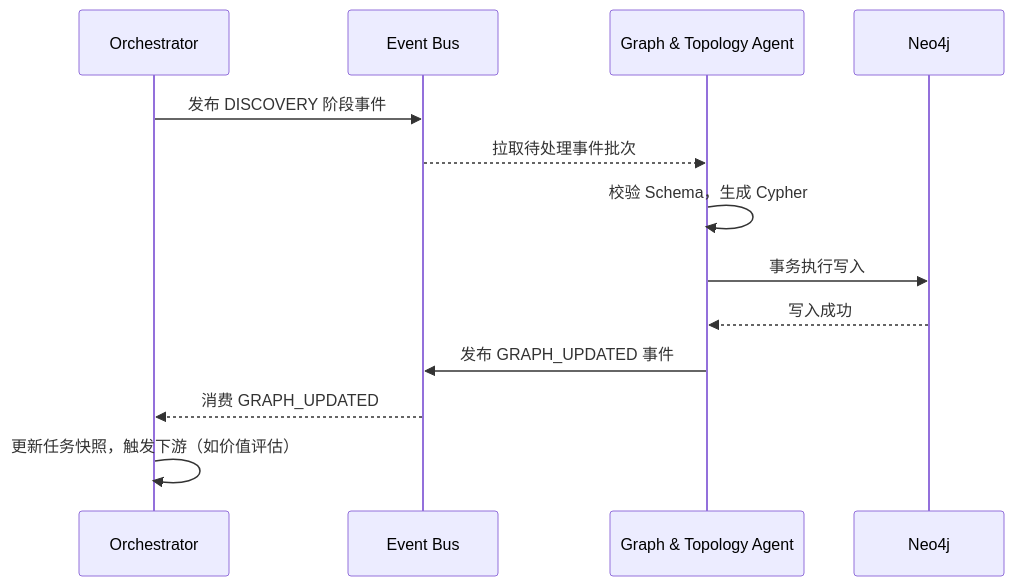
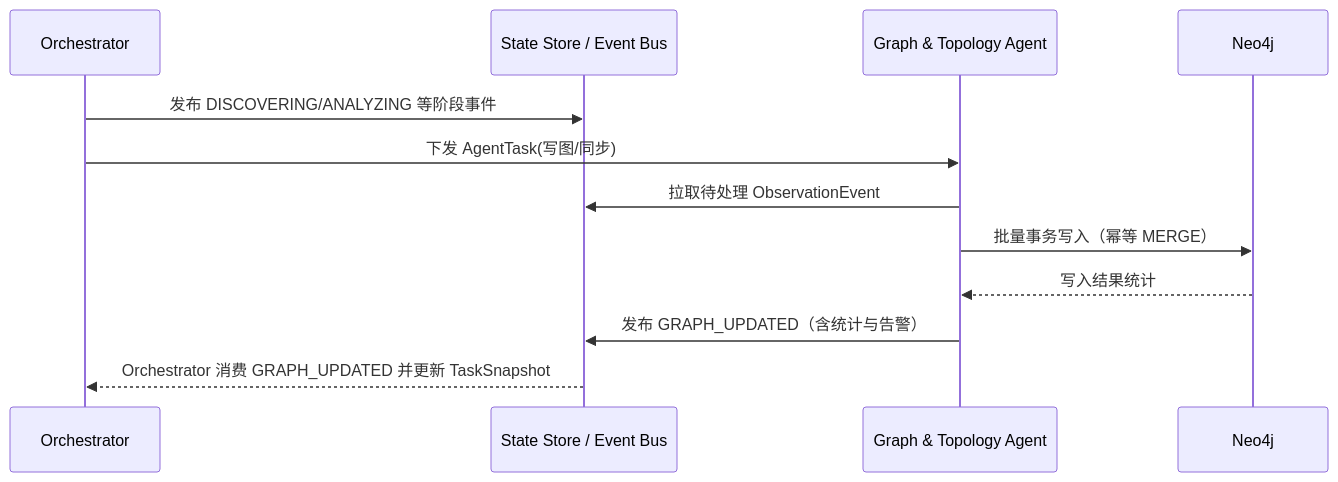
The second of 2 diagrams in docs/heuScan/开发文档/图谱聚合模块.md (heuScan/Doc), drawn with Mermaid before and after one commit. The commit also changed other lines of this file and 2 other files, not shown here.

````diff
--- a/docs/heuScan/开发文档/图谱聚合模块.md
+++ b/docs/heuScan/开发文档/图谱聚合模块.md
@@ -397,16 +282,15 @@
 ```mermaid
 sequenceDiagram
     participant O as Orchestrator
-    participant E as Event Bus
+    participant S as State Store / Event Bus
     participant G as Graph & Topology Agent
     participant N as Neo4j
 
-    O->>E: 发布 DISCOVERY 阶段事件
-    E-->>G: 拉取待处理事件批次
-    G->>G: 校验 Schema，生成 Cypher
-    G->>N: 事务执行写入
-    N-->>G: 写入成功
-    G->>E: 发布 GRAPH_UPDATED 事件
-    E-->>O: 消费 GRAPH_UPDATED
-    O->>O: 更新任务快照，触发下游（如价值评估）
+    O->>S: 发布 DISCOVERING/ANALYZING 等阶段事件
+    O->>G: 下发 AgentTask(写图/同步)
+    G->>S: 拉取待处理 ObservationEvent
+    G->>N: 批量事务写入（幂等 MERGE）
+    N-->>G: 写入结果统计
+    G->>S: 发布 GRAPH_UPDATED（含统计与告警）
+    S-->>O: Orchestrator 消费 GRAPH_UPDATED 并更新 TaskSnapshot
 ```
````
